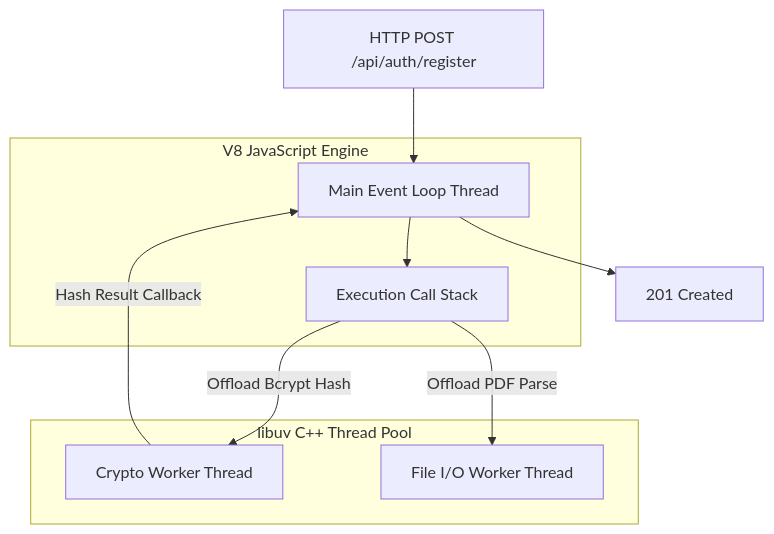
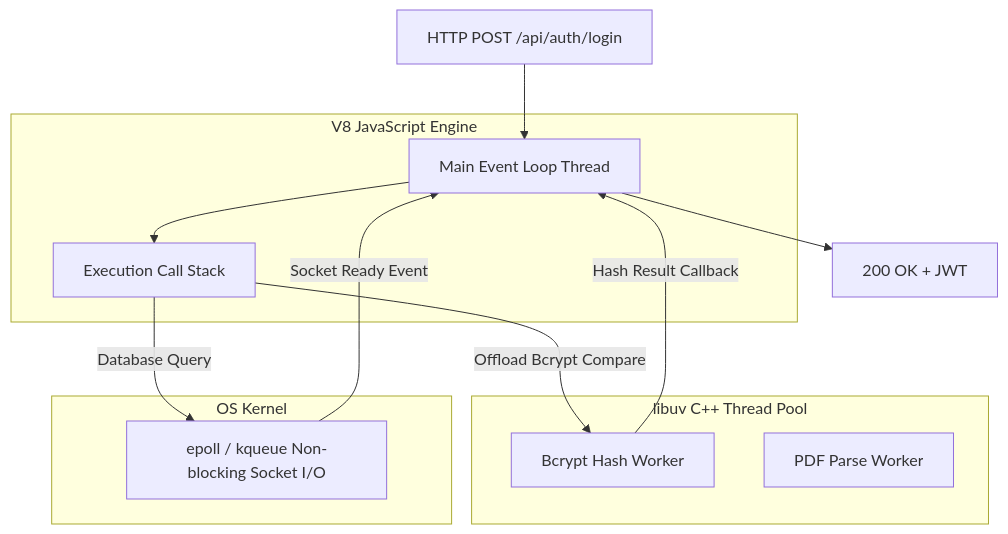
Before and after one commit to sandeep-kumar-270904/my-personal-tracking-system-: the third of 5 diagrams in README.md, drawn with Mermaid. The commit also changed other lines of this file, not shown here.

````diff
--- a/README.md
+++ b/README.md
@@ -217,19 +166,24 @@
 ```mermaid
 graph TD
     subgraph V8 JavaScript Engine
         EventLoop[Main Event Loop Thread]
         CallStack[Execution Call Stack]
     end
 
     subgraph libuv C++ Thread Pool
-        Worker1[Crypto Worker Thread]
-        Worker2[File I/O Worker Thread]
+        Worker1[Bcrypt Hash Worker]
+        Worker2[PDF Parse Worker]
     end
 
-    IncomingRequest[HTTP POST /api/auth/register] --> EventLoop
+    subgraph OS Kernel
+        NetworkIO[epoll / kqueue Non-blocking Socket I/O]
+    end
+
+    IncomingRequest[HTTP POST /api/auth/login] --> EventLoop
     EventLoop --> CallStack
-    CallStack -- Offload Bcrypt Hash --> Worker1
-    CallStack -- Offload PDF Parse --> Worker2
+    CallStack -- Offload Bcrypt Compare --> Worker1
+    CallStack -- Database Query --> NetworkIO
     Worker1 -- Hash Result Callback --> EventLoop
-    EventLoop --> Response[201 Created]
+    NetworkIO -- Socket Ready Event --> EventLoop
+    EventLoop --> Response[200 OK + JWT]
 ```
````
